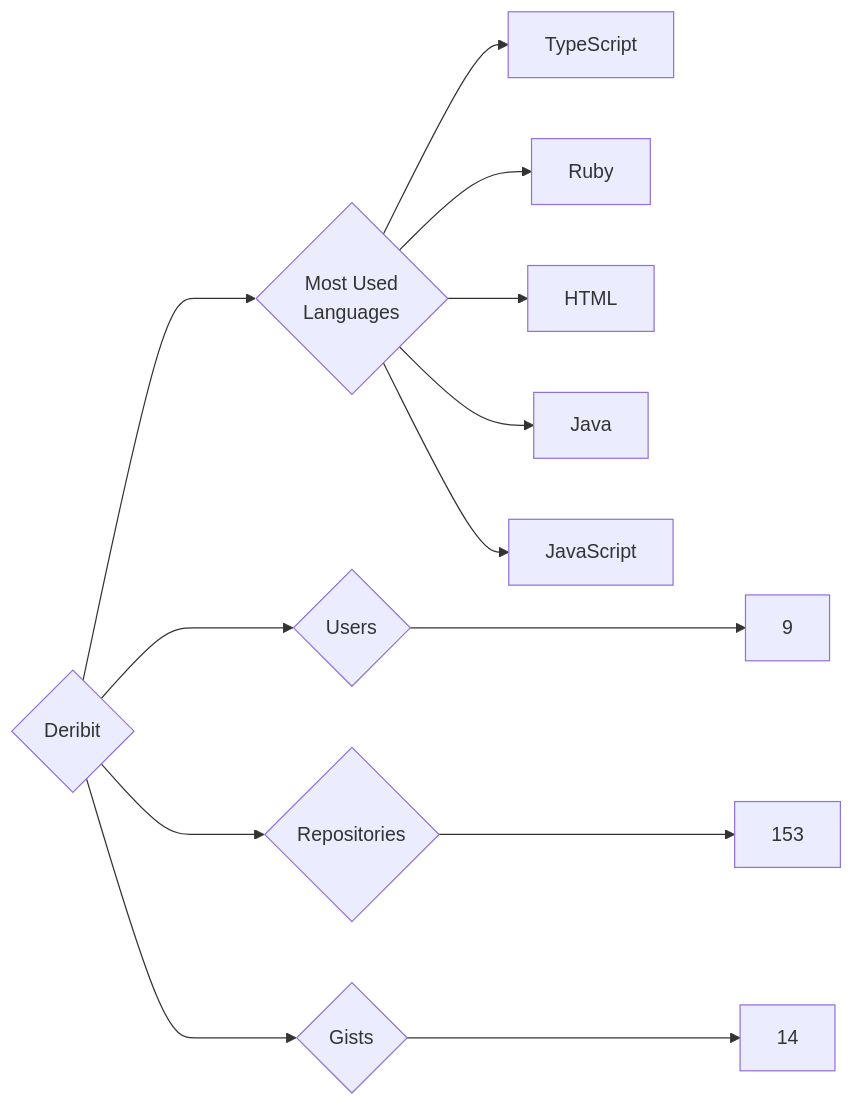
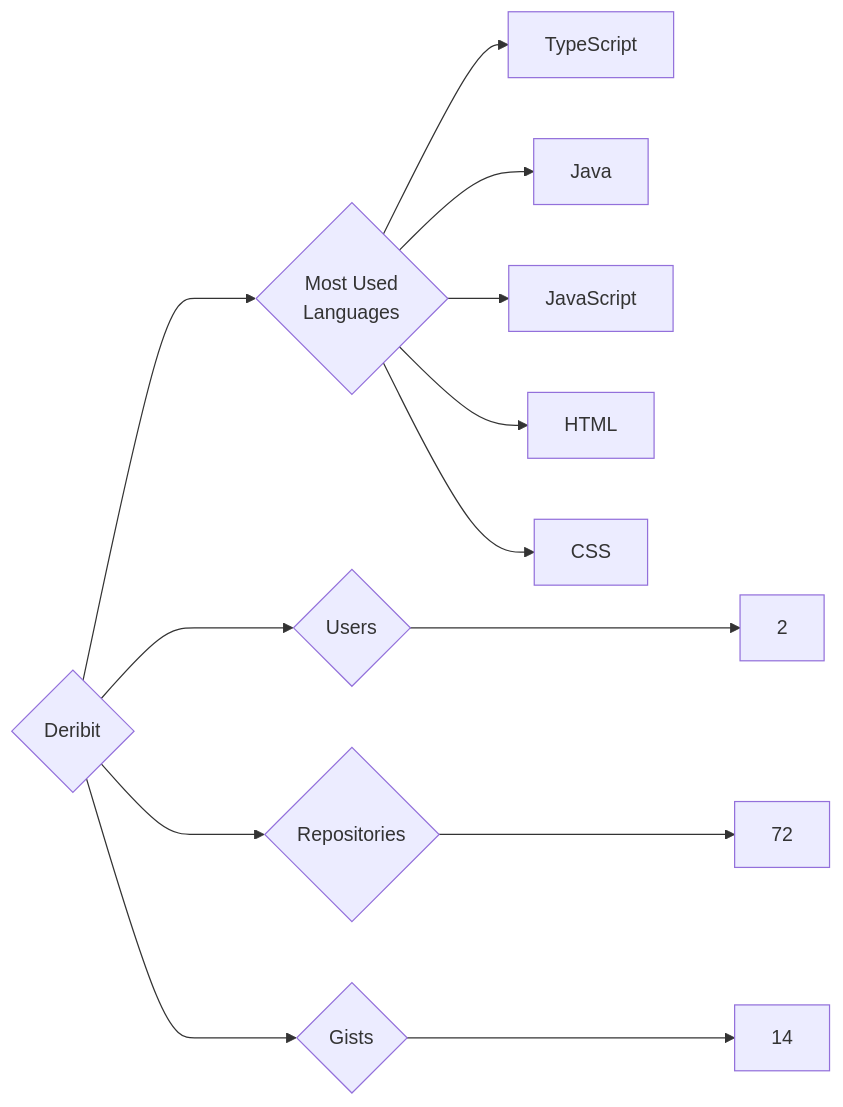
One commit to trickest/insiders changed the diagram in targets/Deribit/README.md. Above: the diagram before and after it, drawn with Mermaid. The commit also changed 1089 other files, not shown here.

````diff
--- a/targets/Deribit/README.md
+++ b/targets/Deribit/README.md
@@ -3,13 +3,13 @@
 ```mermaid
 graph LR
 COMPANY_NAME{Deribit}
-COMPANY_NAME ---> U{Users} ---> UN[9]
-COMPANY_NAME ---> R{Repositories} ---> RN[153]
+COMPANY_NAME ---> U{Users} ---> UN[2]
+COMPANY_NAME ---> R{Repositories} ---> RN[72]
 COMPANY_NAME ---> G{Gists} ---> GN[14]
 COMPANY_NAME ---> ML{Most Used<br>Languages}
 ML --> TypeScript[TypeScript]
-ML --> Ruby[Ruby]
-ML --> HTML[HTML]
 ML --> Java[Java]
 ML --> JavaScript[JavaScript]
+ML --> HTML[HTML]
+ML --> CSS[CSS]
 ```
````
